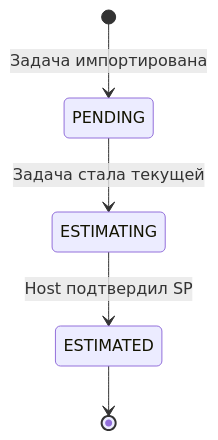
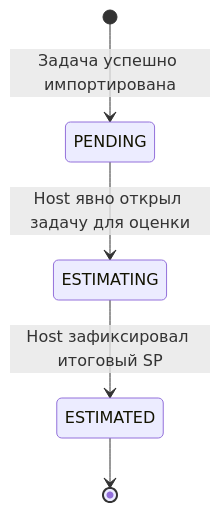
The fourth of 4 diagrams in docs/specs/data-model-specification.md (Zarimotos/Poker-Plan), drawn with Mermaid before and after one commit. The commit also changed other lines of this file and 1 other file, not shown here.

````diff
--- a/docs/specs/data-model-specification.md
+++ b/docs/specs/data-model-specification.md
@@ -147,7 +382,7 @@
 ```mermaid
 stateDiagram-v2
-    [*] --> PENDING: Задача импортирована
-    PENDING --> ESTIMATING: Задача стала текущей
-    ESTIMATING --> ESTIMATED: Host подтвердил SP
+    [*] --> PENDING: Задача успешно импортирована
+    PENDING --> ESTIMATING: Host явно открыл задачу для оценки
+    ESTIMATING --> ESTIMATED: Host зафиксировал итоговый SP
     ESTIMATED --> [*]
 ```
````
